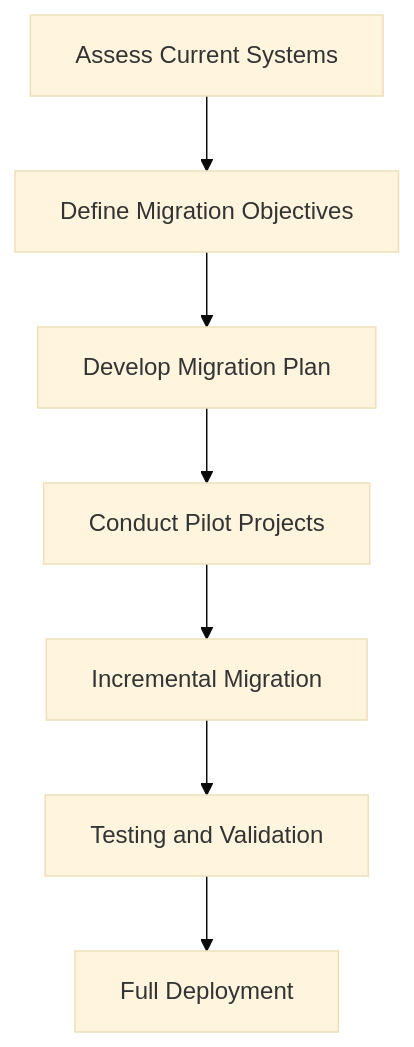
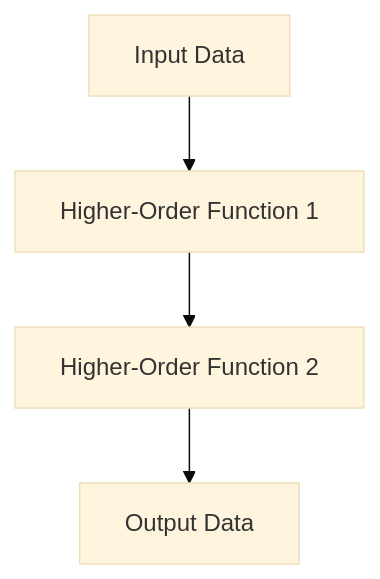
One commit to MasteryEducation/ClojureForJava.com changed the diagram in content/3/20/3/index.md. Above: the diagram before and after it, drawn with Mermaid (base theme). The commit also changed other lines of this file and 74 other files, not shown here.

````diff
--- a/content/3/20/3/index.md
+++ b/content/3/20/3/index.md
@@ -156,9 +157,6 @@
 ```mermaid
 graph TD;
-    A[Assess Current Systems] --> B[Define Migration Objectives];
-    B --> C[Develop Migration Plan];
-    C --> D[Conduct Pilot Projects];
-    D --> E[Incremental Migration];
-    E --> F[Testing and Validation];
-    F --> G[Full Deployment];
+    A[Input Data] --> B[Higher-Order Function 1];
+    B --> C[Higher-Order Function 2];
+    C --> D[Output Data];
 ```
````
